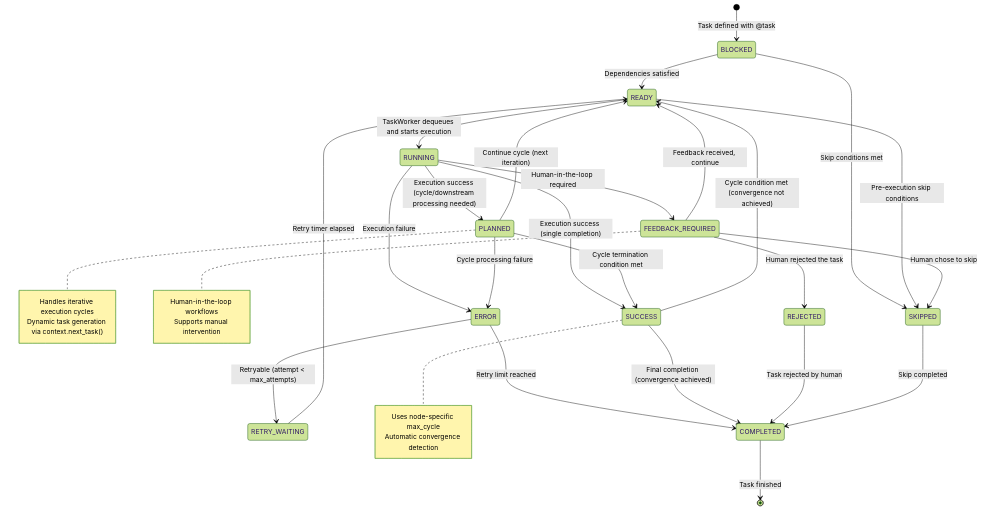
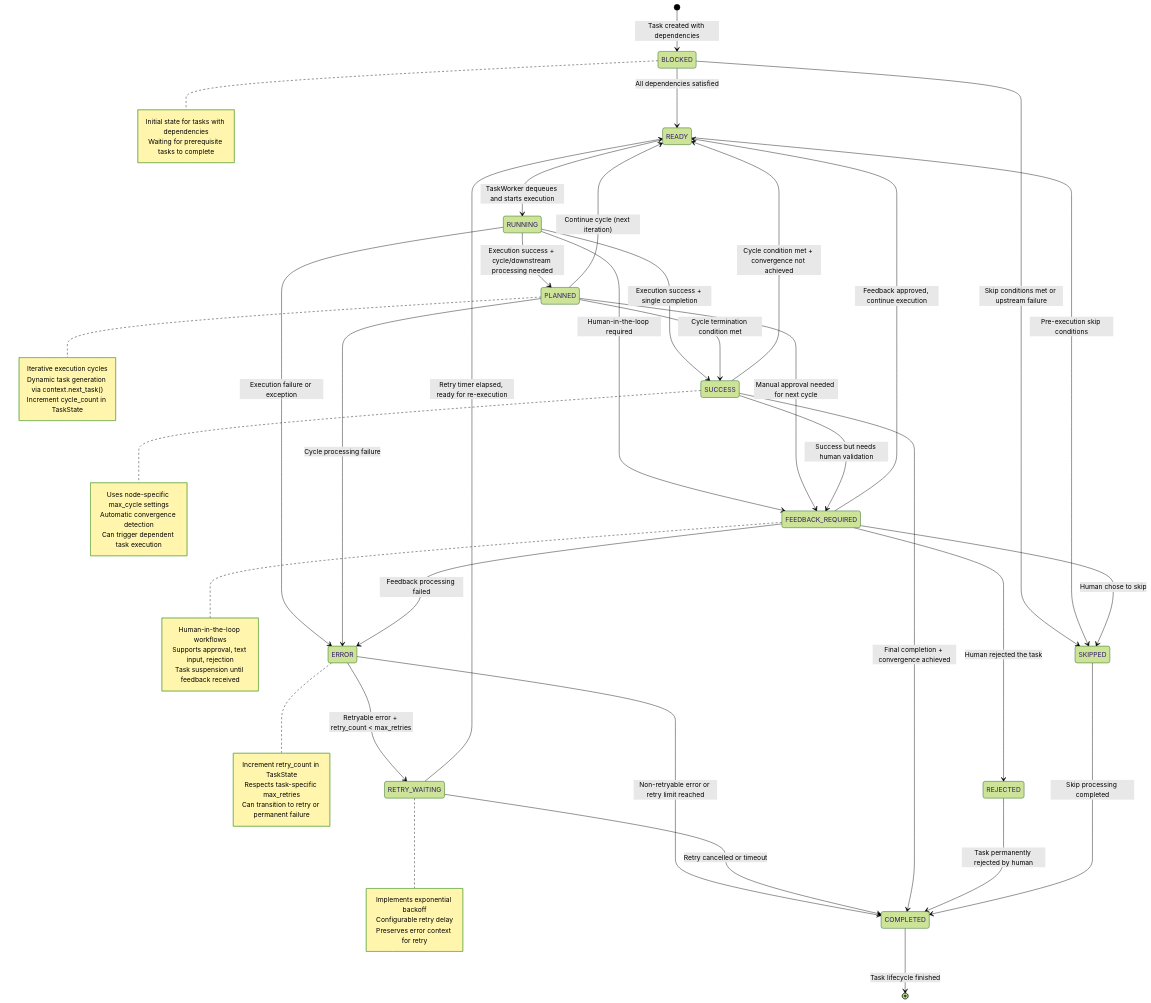
One commit to GraflowAI/graflow changed the third of 5 diagrams in docs/dev_plan.md. Above: the diagram before and after it, drawn with Mermaid (forest theme). The commit also changed other lines of this file, not shown here.

Commit message:
Update TaskStatus State Transition Diagram for enhanced clarity and detail

````diff
--- a/docs/dev_plan.md
+++ b/docs/dev_plan.md
@@ -1936,50 +1936,74 @@
 ```mermaid
 stateDiagram-v2
-    [*] --> BLOCKED: Task defined with @task
+    [*] --> BLOCKED: Task created with dependencies
     
-    BLOCKED --> READY: Dependencies satisfied
-    BLOCKED --> SKIPPED: Skip conditions met
+    BLOCKED --> READY: All dependencies satisfied
+    BLOCKED --> SKIPPED: Skip conditions met or upstream failure
     
     READY --> RUNNING: TaskWorker dequeues and starts execution
     READY --> SKIPPED: Pre-execution skip conditions
     
-    RUNNING --> PLANNED: Execution success (cycle/downstream processing needed)
-    RUNNING --> SUCCESS: Execution success (single completion)
-    RUNNING --> ERROR: Execution failure
+    RUNNING --> PLANNED: Execution success + cycle/downstream processing needed
+    RUNNING --> SUCCESS: Execution success + single completion
+    RUNNING --> ERROR: Execution failure or exception
     RUNNING --> FEEDBACK_REQUIRED: Human-in-the-loop required
     
     PLANNED --> SUCCESS: Cycle termination condition met
     PLANNED --> READY: Continue cycle (next iteration)
     PLANNED --> ERROR: Cycle processing failure
+    PLANNED --> FEEDBACK_REQUIRED: Manual approval needed for next cycle
     
-    FEEDBACK_REQUIRED --> READY: Feedback received, continue
+    FEEDBACK_REQUIRED --> READY: Feedback approved, continue execution
     FEEDBACK_REQUIRED --> REJECTED: Human rejected the task
     FEEDBACK_REQUIRED --> SKIPPED: Human chose to skip
+    FEEDBACK_REQUIRED --> ERROR: Feedback processing failed
     
-    ERROR --> RETRY_WAITING: Retryable (attempt < max_attempts)
-    ERROR --> COMPLETED: Retry limit reached
+    ERROR --> RETRY_WAITING: Retryable error + retry_count < max_retries
+    ERROR --> COMPLETED: Non-retryable error or retry limit reached
     
-    RETRY_WAITING --> READY: Retry timer elapsed
+    RETRY_WAITING --> READY: Retry timer elapsed, ready for re-execution
+    RETRY_WAITING --> COMPLETED: Retry cancelled or timeout
     
-    SUCCESS --> READY: Cycle condition met (convergence not achieved)
-    SUCCESS --> COMPLETED: Final completion (convergence achieved)
+    SUCCESS --> READY: Cycle condition met + convergence not achieved
+    SUCCESS --> COMPLETED: Final completion + convergence achieved
+    SUCCESS --> FEEDBACK_REQUIRED: Success but needs human validation
     
-    REJECTED --> COMPLETED: Task rejected by human
-    SKIPPED --> COMPLETED: Skip completed
-    COMPLETED --> [*]: Task finished
+    REJECTED --> COMPLETED: Task permanently rejected by human
+    SKIPPED --> COMPLETED: Skip processing completed
+    COMPLETED --> [*]: Task lifecycle finished
+    
+    note right of BLOCKED
+        Initial state for tasks with dependencies
+        Waiting for prerequisite tasks to complete
+    end note
     
     note right of PLANNED
-        Handles iterative execution cycles
+        Iterative execution cycles
         Dynamic task generation via context.next_task()
+        Increment cycle_count in TaskState
     end note
     
     note right of FEEDBACK_REQUIRED
         Human-in-the-loop workflows
-        Supports manual intervention
+        Supports approval, text input, rejection
+        Task suspension until feedback received
     end note
     
     note right of SUCCESS
-        Uses node-specific max_cycle
+        Uses node-specific max_cycle settings
         Automatic convergence detection
+        Can trigger dependent task execution
+    end note
+    
+    note right of ERROR
+        Increment retry_count in TaskState
+        Respects task-specific max_retries
+        Can transition to retry or permanent failure
+    end note
+    
+    note right of RETRY_WAITING
+        Implements exponential backoff
+        Configurable retry delay
+        Preserves error context for retry
     end note
 ```
````
